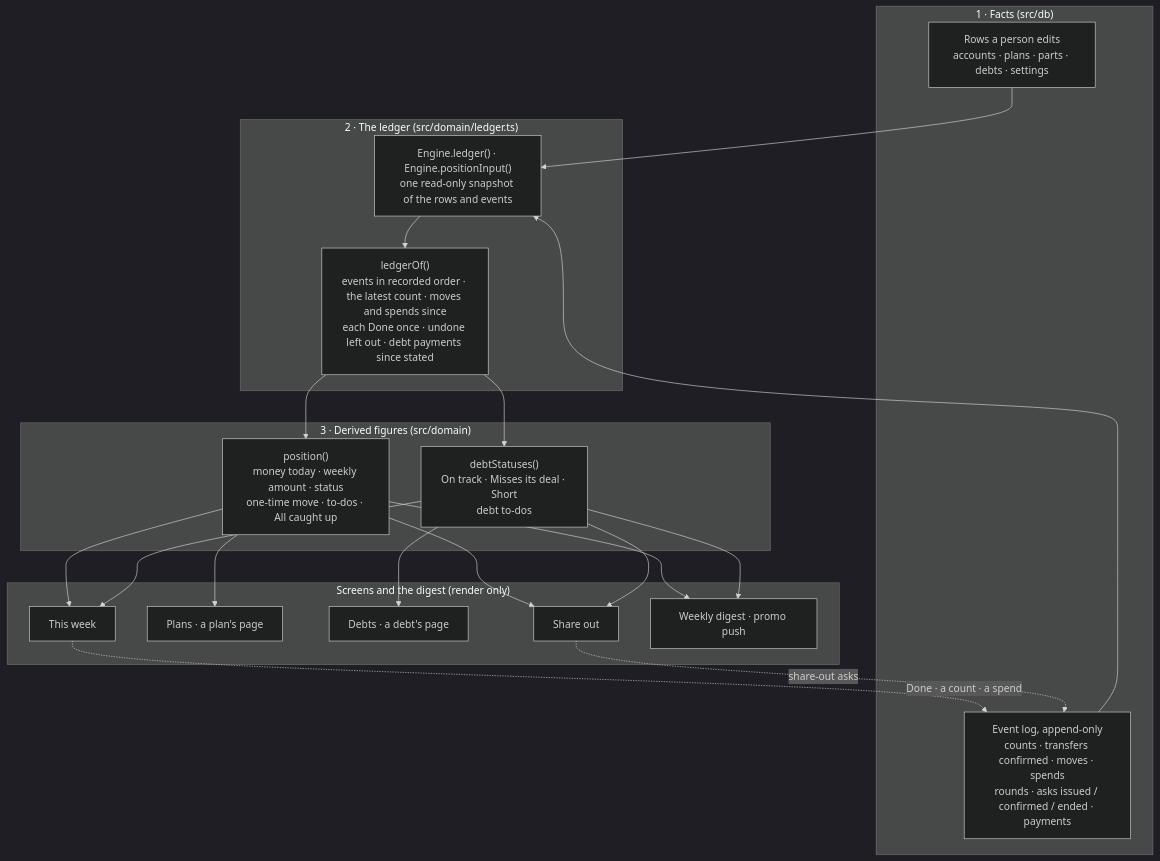
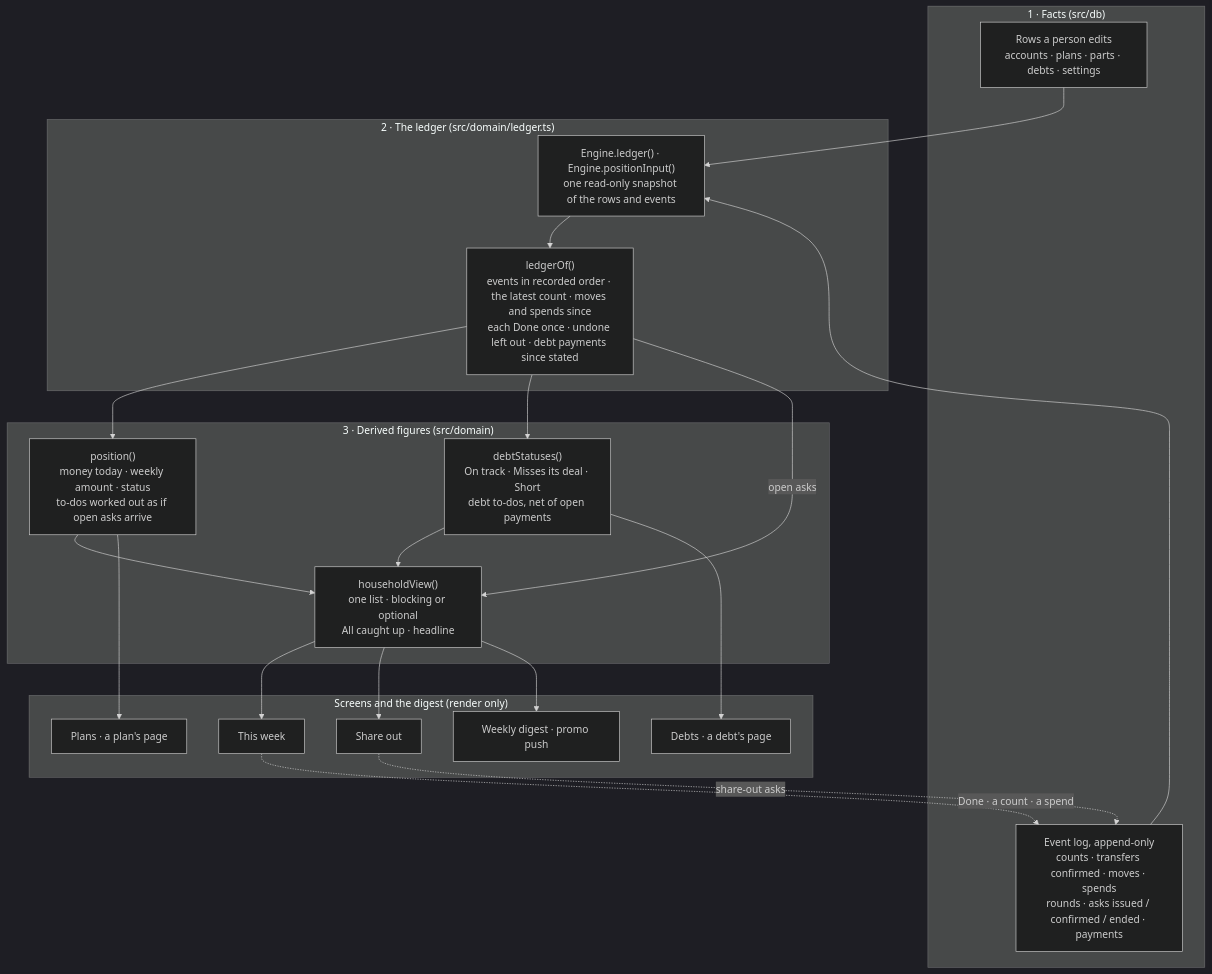
The diagram in docs/data-flow.md (jmorganthall/BallastFinance), drawn with Mermaid (dark theme) before and after one commit. The commit also changed other lines of this file and 12 other files, not shown here.

````diff
--- a/docs/data-flow.md
+++ b/docs/data-flow.md
@@ -13,34 +13,39 @@
 ```mermaid
 flowchart TD
   subgraph L1["1 · Facts (src/db)"]
     rows["Rows a person edits<br/>accounts · plans · parts · debts · settings"]
     log["Event log, append-only<br/>counts · transfers confirmed · moves · spends<br/>rounds · asks issued / confirmed / ended · payments"]
   end
 
   subgraph L2["2 · The ledger (src/domain/ledger.ts)"]
     read["Engine.ledger() · Engine.positionInput()<br/>one read-only snapshot of the rows and events"]
     led["ledgerOf()<br/>events in recorded order · the latest count · moves and spends since<br/>each Done once · undone left out · debt payments since stated"]
   end
 
   subgraph L3["3 · Derived figures (src/domain)"]
-    pos["position()<br/>money today · weekly amount · status<br/>one-time move · to-dos · All caught up"]
-    debt["debtStatuses()<br/>On track · Misses its deal · Short<br/>debt to-dos"]
+    pos["position()<br/>money today · weekly amount · status<br/>to-dos worked out as if open asks arrive"]
+    debt["debtStatuses()<br/>On track · Misses its deal · Short<br/>debt to-dos, net of open payments"]
+    view["householdView()<br/>one list · blocking or optional<br/>All caught up · headline"]
   end
 
   subgraph UI["Screens and the digest (render only)"]
     home["This week"]
     plans["Plans · a plan's page"]
     debts["Debts · a debt's page"]
     alloc["Share out"]
     digest["Weekly digest · promo push"]
   end
 
   rows --> read
   log --> read
   read --> led
   led --> pos & debt
-  pos --> home & plans & alloc & digest
-  debt --> home & debts & alloc & digest
+  led -- "open asks" --> view
+  pos --> view
+  debt --> view
+  view --> home & alloc & digest
+  pos --> plans
+  debt --> debts
   home -. "Done · a count · a spend" .-> log
   alloc -. "share-out asks" .-> log
 ```
````
